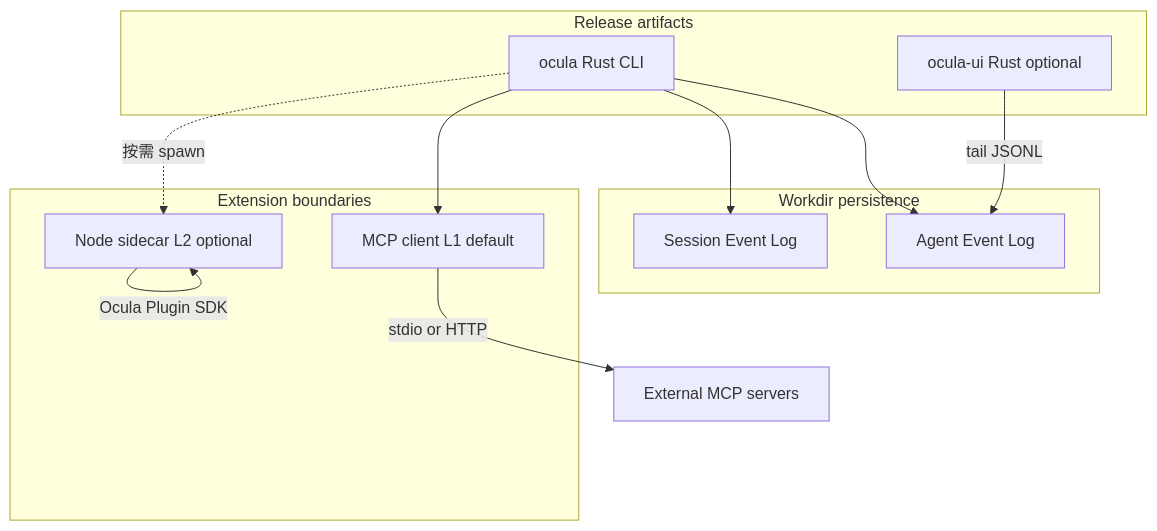
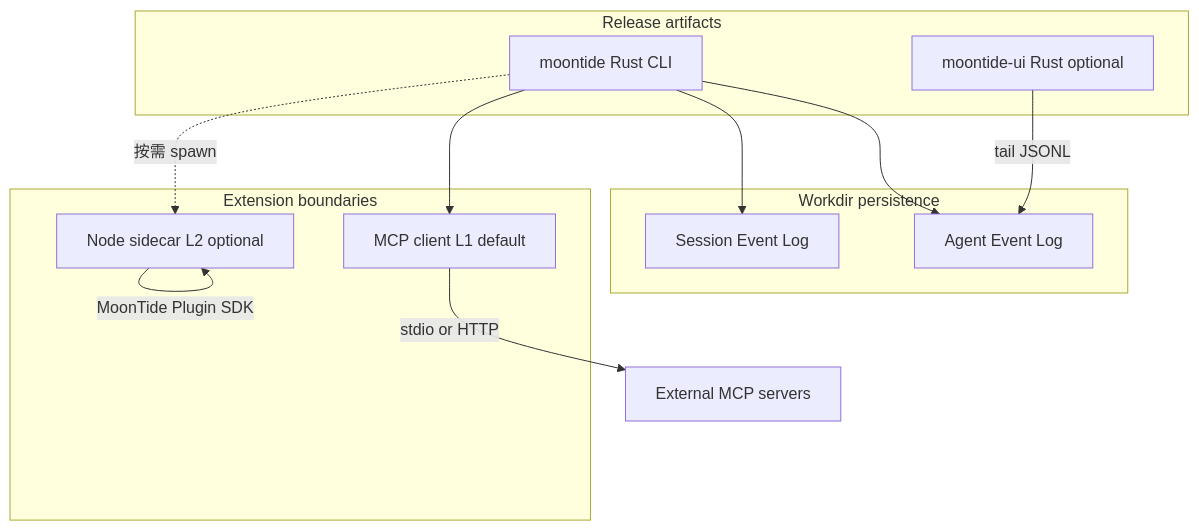
One commit to chendpoc/moontide changed the diagram in docs/product/platform-strategy.md. Above: the diagram before and after it, drawn with Mermaid. The commit also changed other lines of this file and 35 other files, not shown here.

First line of the commit message:
refactor: rename project branding from Ocula to MoonTide

````diff
--- a/docs/product/platform-strategy.md
+++ b/docs/product/platform-strategy.md
@@ -49,25 +49,25 @@
 ```mermaid
 flowchart TB
   subgraph release [Release artifacts]
-    OculaCLI["ocula Rust CLI"]
-    OculaUI["ocula-ui Rust optional"]
+    MoonTideCLI["moontide Rust CLI"]
+    MoonTideUI["moontide-ui Rust optional"]
   end
 
   subgraph storage [Workdir persistence]
     SEL["Session Event Log"]
     AEL["Agent Event Log"]
   end
 
   subgraph extend [Extension boundaries]
     MCP["MCP client L1 default"]
     Sidecar["Node sidecar L2 optional"]
   end
 
-  OculaCLI --> SEL
-  OculaCLI --> AEL
-  OculaCLI --> MCP
-  OculaCLI -.->|"按需 spawn"| Sidecar
-  OculaUI -->|"tail JSONL"| AEL
-  Sidecar -->|"Ocula Plugin SDK"| Sidecar
+  MoonTideCLI --> SEL
+  MoonTideCLI --> AEL
+  MoonTideCLI --> MCP
+  MoonTideCLI -.->|"按需 spawn"| Sidecar
+  MoonTideUI -->|"tail JSONL"| AEL
+  Sidecar -->|"MoonTide Plugin SDK"| Sidecar
   MCP -->|"stdio or HTTP"| ExtServers["External MCP servers"]
 ```
````
